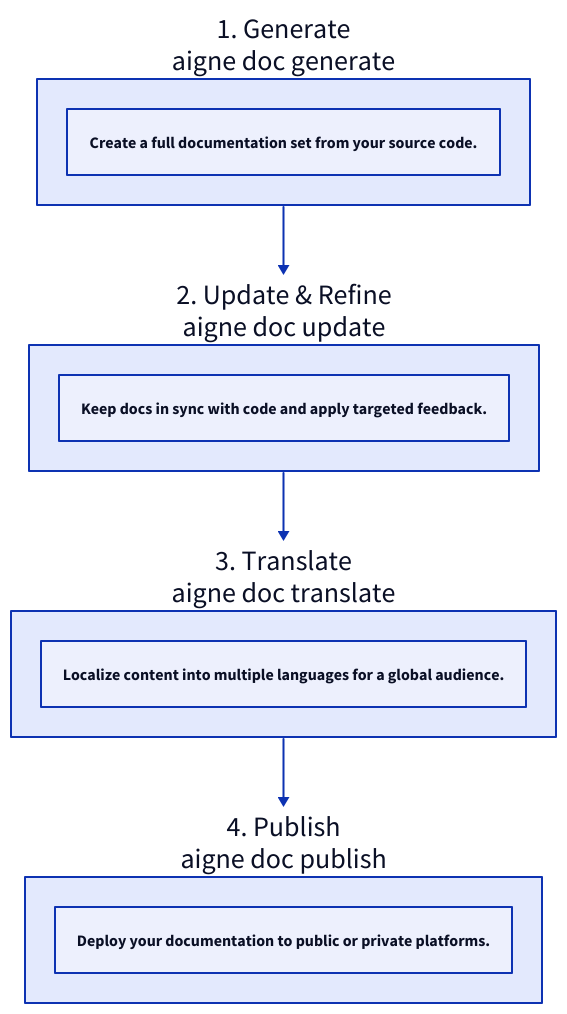
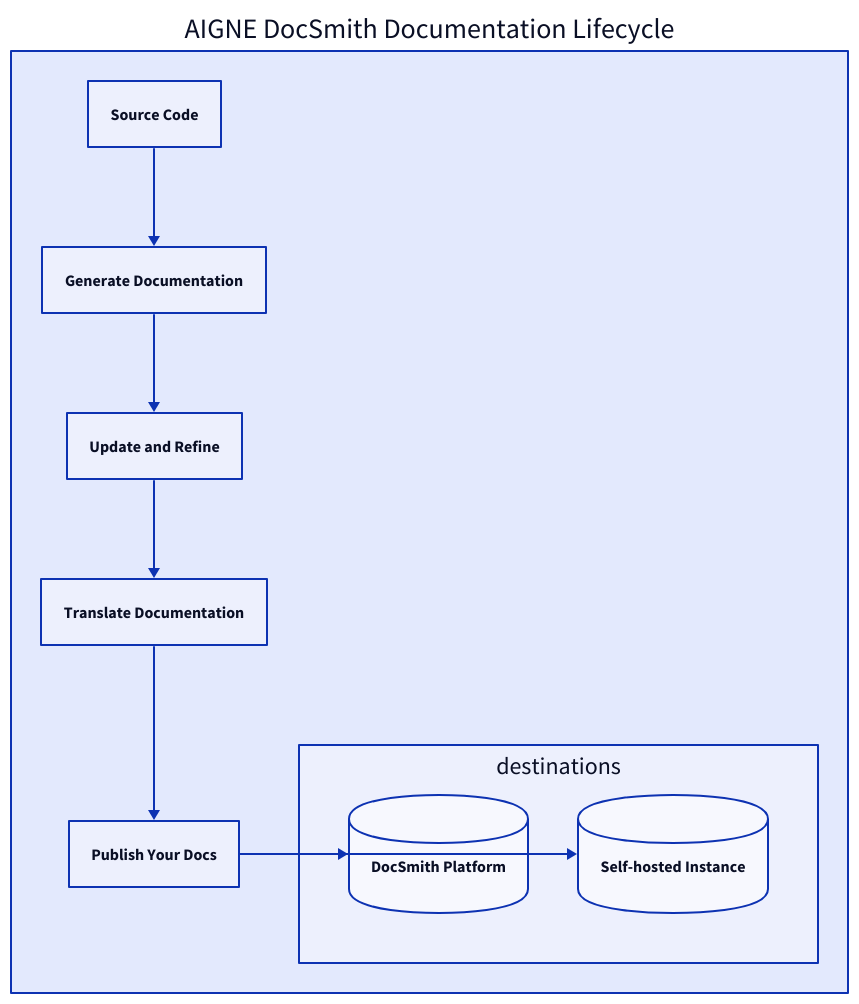
Before and after one commit to AIGNE-io/aigne-doc-smith: the diagram in docs/features.md, drawn with D2. The commit also changed other lines of this file and 65 other files, not shown here.

````diff
--- a/docs/features.md
+++ b/docs/features.md
@@ -5,29 +5,39 @@
 ```d2
 direction: down
 
-Generate: {
-  label: "1. Generate\naigne doc generate"
-  shape: rectangle
-  description: "Create a full documentation set from your source code."
+AIGNE-DocSmith-Workflow: {
+  label: "AIGNE DocSmith Documentation Lifecycle"
+  
+  source-code: "Source Code"
+
+  generate: "Generate Documentation"
+
+  refine: "Update and Refine"
+
+  translate: "Translate Documentation"
+
+  publish: "Publish Your Docs"
+
+  destinations: {
+    grid-columns: 2
+    grid-gap: 50
+
+    docsmith-platform: {
+      label: "DocSmith Platform"
+      shape: cylinder
+    }
+
+    self-hosted: {
+      label: "Self-hosted Instance"
+      shape: cylinder
+    }
+  }
 }
 
-Refine: {
-  label: "2. Update & Refine\naigne doc update"
-  shape: rectangle
-  description: "Keep docs in sync with code and apply targeted feedback."
-}
-
-Translate: {
-  label: "3. Translate\naigne doc translate"
-  shape: rectangle
-  description: "Localize content into multiple languages for a global audience."
-}
-
-Publish: {
-  label: "4. Publish\naigne doc publish"
-  shape: rectangle
-  description: "Deploy your documentation to public or private platforms."
-}
-
-Generate -> Refine -> Translate -> Publish
+AIGNE-DocSmith-Workflow.source-code -> AIGNE-DocSmith-Workflow.generate
+AIGNE-DocSmith-Workflow.generate -> AIGNE-DocSmith-Workflow.refine
+AIGNE-DocSmith-Workflow.refine -> AIGNE-DocSmith-Workflow.translate
+AIGNE-DocSmith-Workflow.translate -> AIGNE-DocSmith-Workflow.publish
+AIGNE-DocSmith-Workflow.publish -> AIGNE-DocSmith-Workflow.destinations.docsmith-platform
+AIGNE-DocSmith-Workflow.publish -> AIGNE-DocSmith-Workflow.destinations.self-hosted
 ```
````
